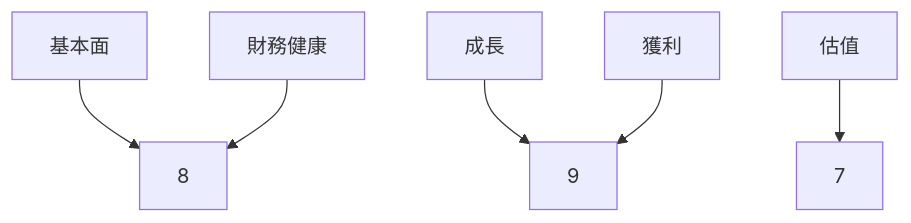
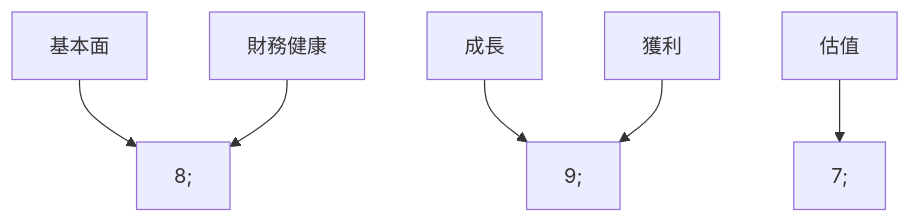
Before and after one commit to yennanliu/finance_data: the first of 11 diagrams in ai_gen_report/stock/msft/fundamental_analysis_2026-03-27_openai.md, drawn with Mermaid. The commit also changed other lines of this file and 2258 other files, not shown here.

First line of the commit message:
chore: backfill Mermaid syntax repair across existing reports

````diff
--- a/ai_gen_report/stock/msft/fundamental_analysis_2026-03-27_openai.md
+++ b/ai_gen_report/stock/msft/fundamental_analysis_2026-03-27_openai.md
@@ -29,8 +29,8 @@
 ```mermaid
 graph TD;
-    基本面-->8;
-    成長-->9;
-    獲利-->9;
-    財務健康-->8;
-    估值-->7;
+    基本面 --> nb1["8;"]
+    成長 --> nb2["9;"]
+    獲利 --> nb2["9;"]
+    財務健康 --> nb1["8;"]
+    估值 --> nb3["7;"]
 ```
````
